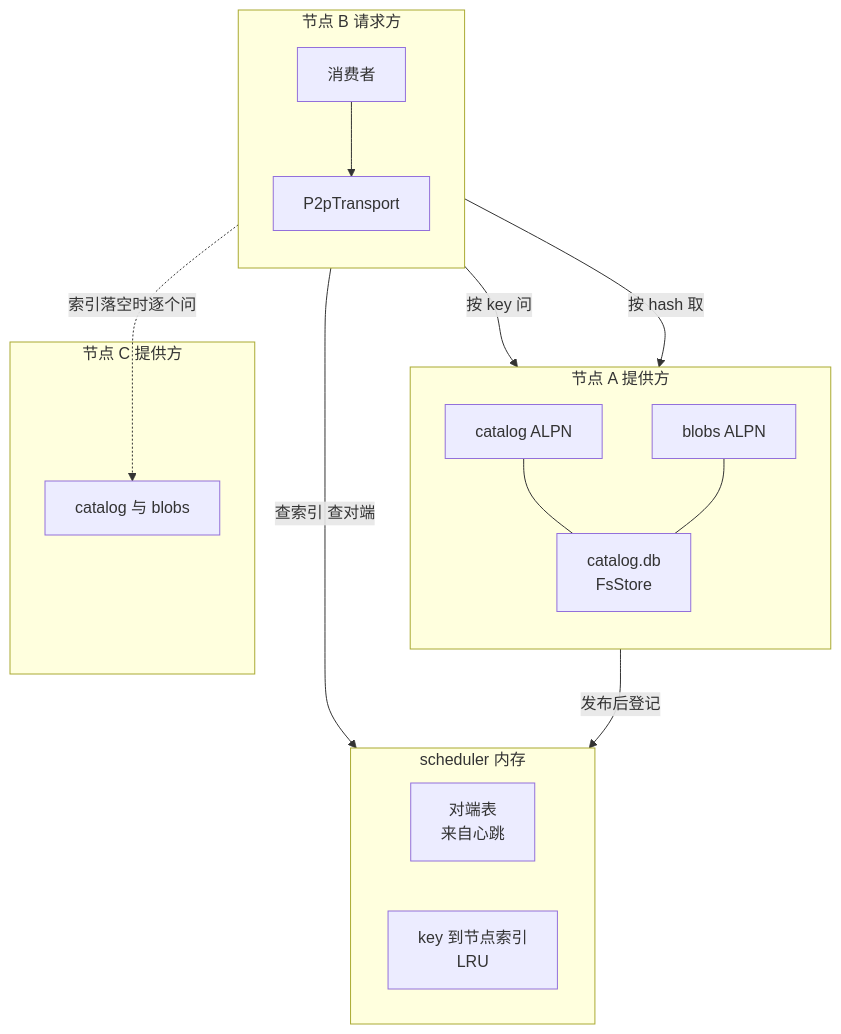
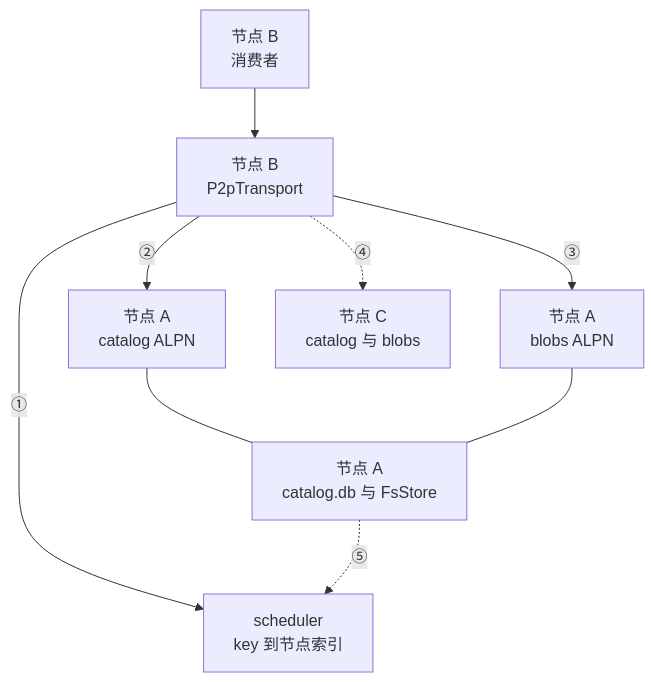
One commit to AustinJiangg/ai-books changed the first of 2 diagrams in agentenv/58-p2p-artifact-transport.md. Above: the diagram before and after it, drawn with Mermaid. The commit also changed other lines of this file and 8 other files, not shown here.

````diff
--- a/agentenv/58-p2p-artifact-transport.md
+++ b/agentenv/58-p2p-artifact-transport.md
@@ -78,25 +78,11 @@
 ```mermaid
 flowchart TB
-    subgraph SC["scheduler 内存"]
-        direction LR
-        EP["对端表<br/>来自心跳"]
-        IDX["key 到节点索引<br/>LRU"]
-    end
-    subgraph NA["节点 A 提供方"]
-        direction TB
-        A1["catalog ALPN"] --- A3["catalog.db<br/>FsStore"]
-        A2["blobs ALPN"] --- A3
-    end
-    subgraph NB["节点 B 请求方"]
-        direction TB
-        B1["消费者"] --> B2["P2pTransport"]
-    end
-    subgraph NC["节点 C 提供方"]
-        C1["catalog 与 blobs"]
-    end
-    NA -->|"发布后登记"| IDX
-    B2 -->|"查索引 查对端"| SC
-    B2 -->|"按 key 问"| A1
-    B2 -->|"按 hash 取"| A2
-    B2 -.->|"索引落空时逐个问"| C1
+    B1["节点 B<br/>消费者"] --> B2["节点 B<br/>P2pTransport"]
+    B2 -->|"①"| IDX["scheduler<br/>key 到节点索引"]
+    B2 -->|"②"| A1["节点 A<br/>catalog ALPN"]
+    B2 -->|"③"| A2["节点 A<br/>blobs ALPN"]
+    B2 -.->|"④"| C1["节点 C<br/>catalog 与 blobs"]
+    A1 --- A3["节点 A<br/>catalog.db 与 FsStore"]
+    A2 --- A3
+    A3 -.->|"⑤"| IDX
 ```
````
